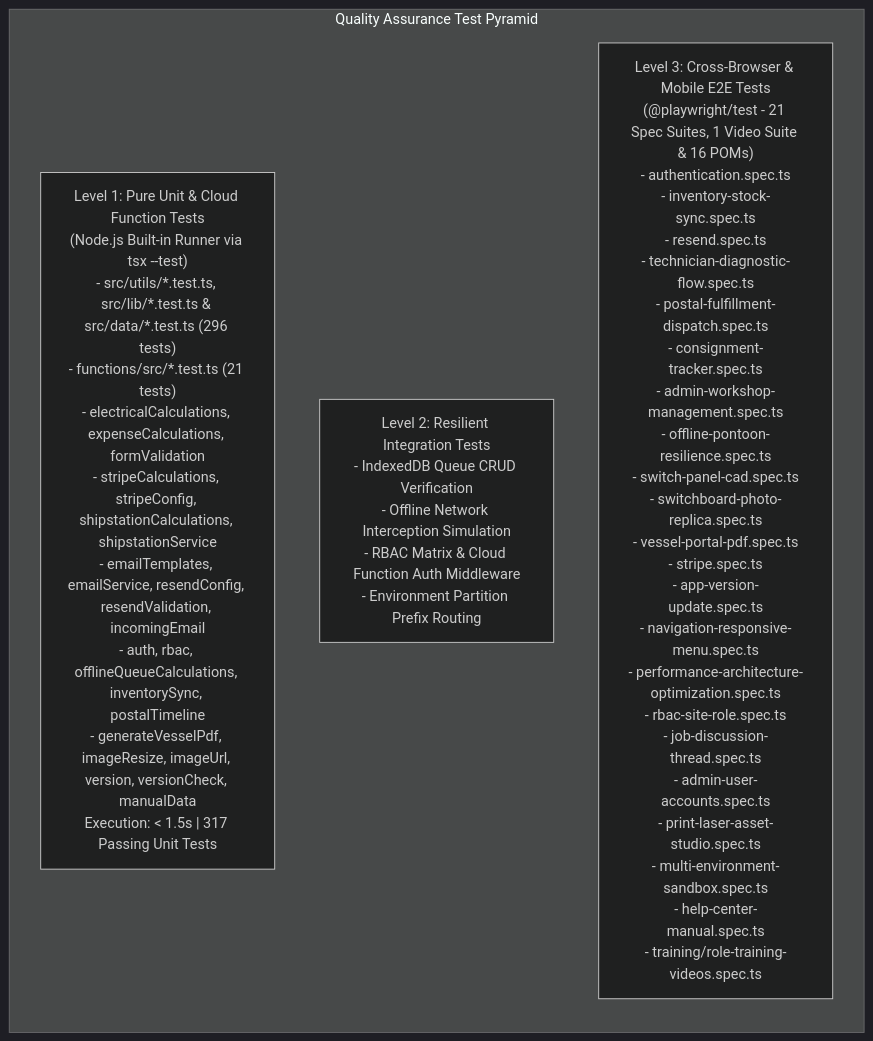
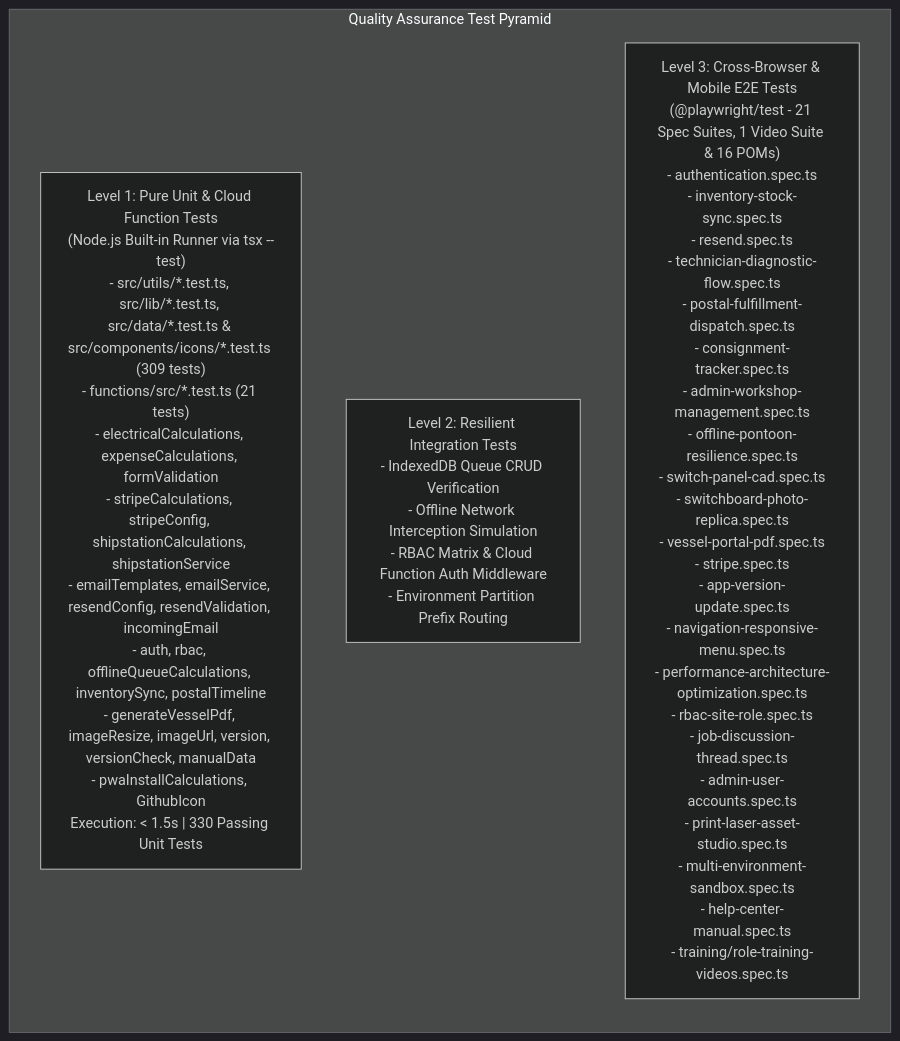
One commit to AnthonyWrather/ajwmes changed the sixth of 7 diagrams in DESIGN.md. Above: the diagram before and after it, drawn with Mermaid (dark theme). The commit also changed other lines of this file and 10 other files, not shown here.

````diff
--- a/DESIGN.md
+++ b/DESIGN.md
@@ -550,11 +550,11 @@
 ```mermaid
 graph BT
     subgraph TestPyramid["Quality Assurance Test Pyramid"]
         direction BT
-        Unit["Level 1: Pure Unit & Cloud Function Tests\n(Node.js Built-in Runner via tsx --test)\n- src/utils/*.test.ts, src/lib/*.test.ts & src/data/*.test.ts (296 tests)\n- functions/src/*.test.ts (21 tests)\n- electricalCalculations, expenseCalculations, formValidation\n- stripeCalculations, stripeConfig, shipstationCalculations, shipstationService\n- emailTemplates, emailService, resendConfig, resendValidation, incomingEmail\n- auth, rbac, offlineQueueCalculations, inventorySync, postalTimeline\n- generateVesselPdf, imageResize, imageUrl, version, versionCheck, manualData\nExecution: < 1.5s | 317 Passing Unit Tests"]
+        Unit["Level 1: Pure Unit & Cloud Function Tests\n(Node.js Built-in Runner via tsx --test)\n- src/utils/*.test.ts, src/lib/*.test.ts, src/data/*.test.ts & src/components/icons/*.test.ts (309 tests)\n- functions/src/*.test.ts (21 tests)\n- electricalCalculations, expenseCalculations, formValidation\n- stripeCalculations, stripeConfig, shipstationCalculations, shipstationService\n- emailTemplates, emailService, resendConfig, resendValidation, incomingEmail\n- auth, rbac, offlineQueueCalculations, inventorySync, postalTimeline\n- generateVesselPdf, imageResize, imageUrl, version, versionCheck, manualData\n- pwaInstallCalculations, GithubIcon\nExecution: < 1.5s | 330 Passing Unit Tests"]
         
         Integration["Level 2: Resilient Integration Tests\n- IndexedDB Queue CRUD Verification\n- Offline Network Interception Simulation\n- RBAC Matrix & Cloud Function Auth Middleware\n- Environment Partition Prefix Routing"]
         
         E2E["Level 3: Cross-Browser & Mobile E2E Tests\n(@playwright/test - 21 Spec Suites, 1 Video Suite & 16 POMs)\n- authentication.spec.ts\n- inventory-stock-sync.spec.ts\n- resend.spec.ts\n- technician-diagnostic-flow.spec.ts\n- postal-fulfillment-dispatch.spec.ts\n- consignment-tracker.spec.ts\n- admin-workshop-management.spec.ts\n- offline-pontoon-resilience.spec.ts\n- switch-panel-cad.spec.ts\n- switchboard-photo-replica.spec.ts\n- vessel-portal-pdf.spec.ts\n- stripe.spec.ts\n- app-version-update.spec.ts\n- navigation-responsive-menu.spec.ts\n- performance-architecture-optimization.spec.ts\n- rbac-site-role.spec.ts\n- job-discussion-thread.spec.ts\n- admin-user-accounts.spec.ts\n- print-laser-asset-studio.spec.ts\n- multi-environment-sandbox.spec.ts\n- help-center-manual.spec.ts\n- training/role-training-videos.spec.ts"]
     end
 ```
````
